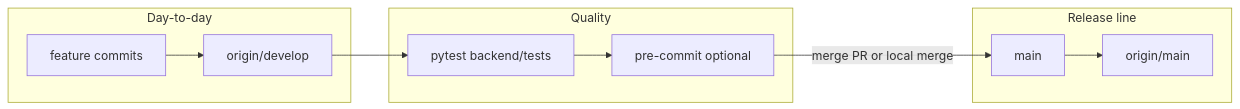
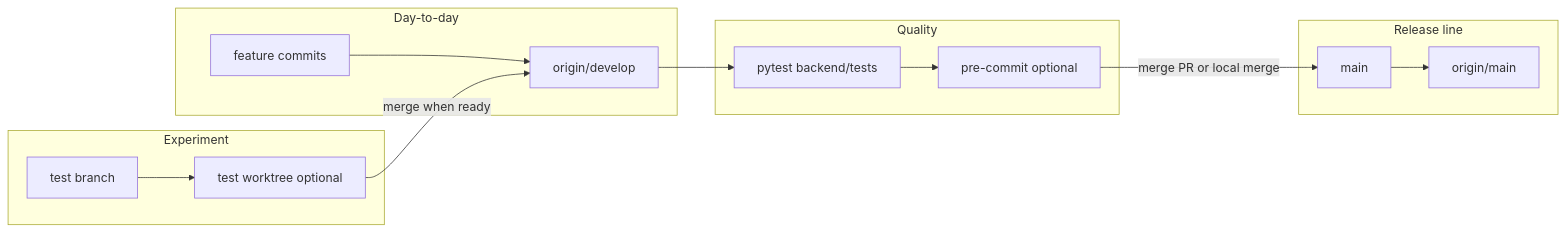
One commit to czyzem-stack/kalshibot changed the sixth of 10 diagrams in README.md. Above: the diagram before and after it, drawn with Mermaid. The commit also changed other lines of this file and 18 other files, not shown here.

First line of the commit message:
v0.4.06: test worktree, Vite ports 5173/5174/5175, local launch + UI

````diff
--- a/README.md
+++ b/README.md
@@ -346,20 +348,26 @@
 ```mermaid
 flowchart LR
+  subgraph try [Experiment]
+    TB[test branch]
+    TT[test worktree optional]
+    TB --> TT
+  end
   subgraph dev [Day-to-day]
     D[feature commits]
     DV[origin/develop]
     D --> DV
+    TT -->|merge when ready| DV
   end
   subgraph gate [Quality]
     T[pytest backend/tests]
     P[pre-commit optional]
     DV --> T
     T --> P
   end
   subgraph prod [Release line]
     M[main]
     OM[origin/main]
     P -->|merge PR or local merge| M
     M --> OM
   end
 ```
````
